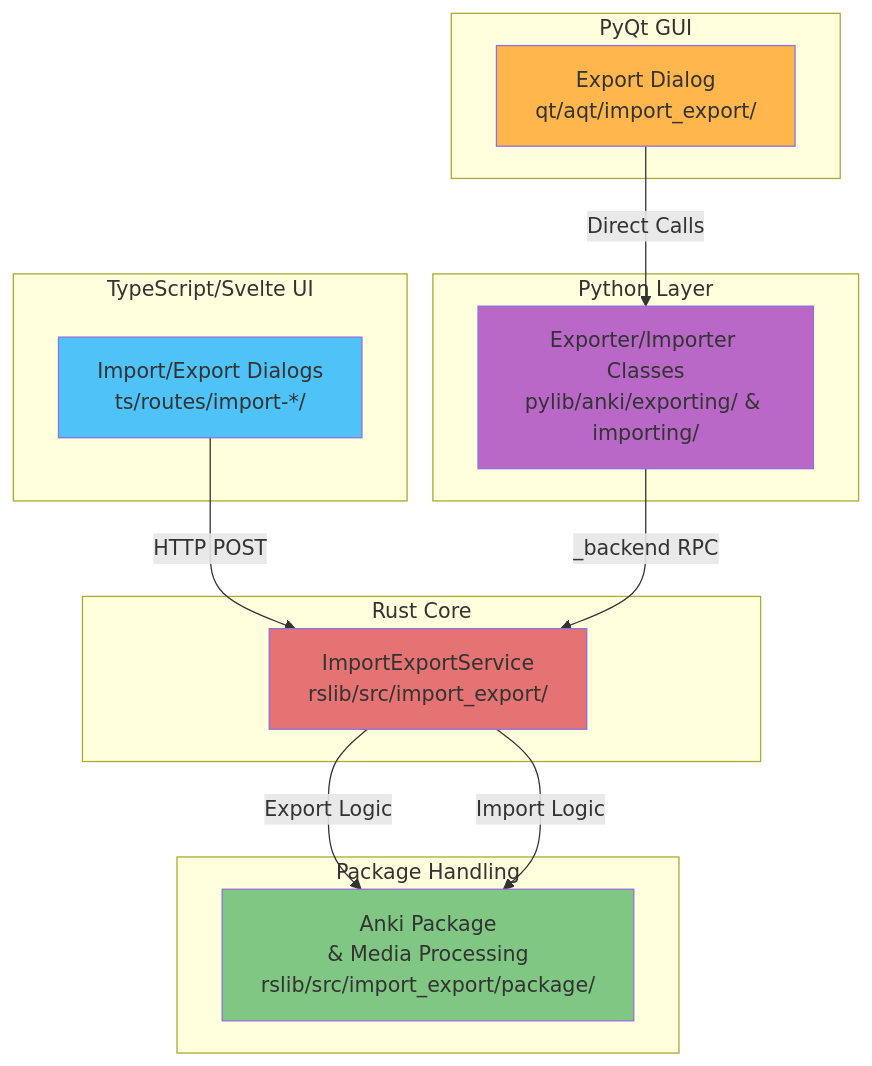
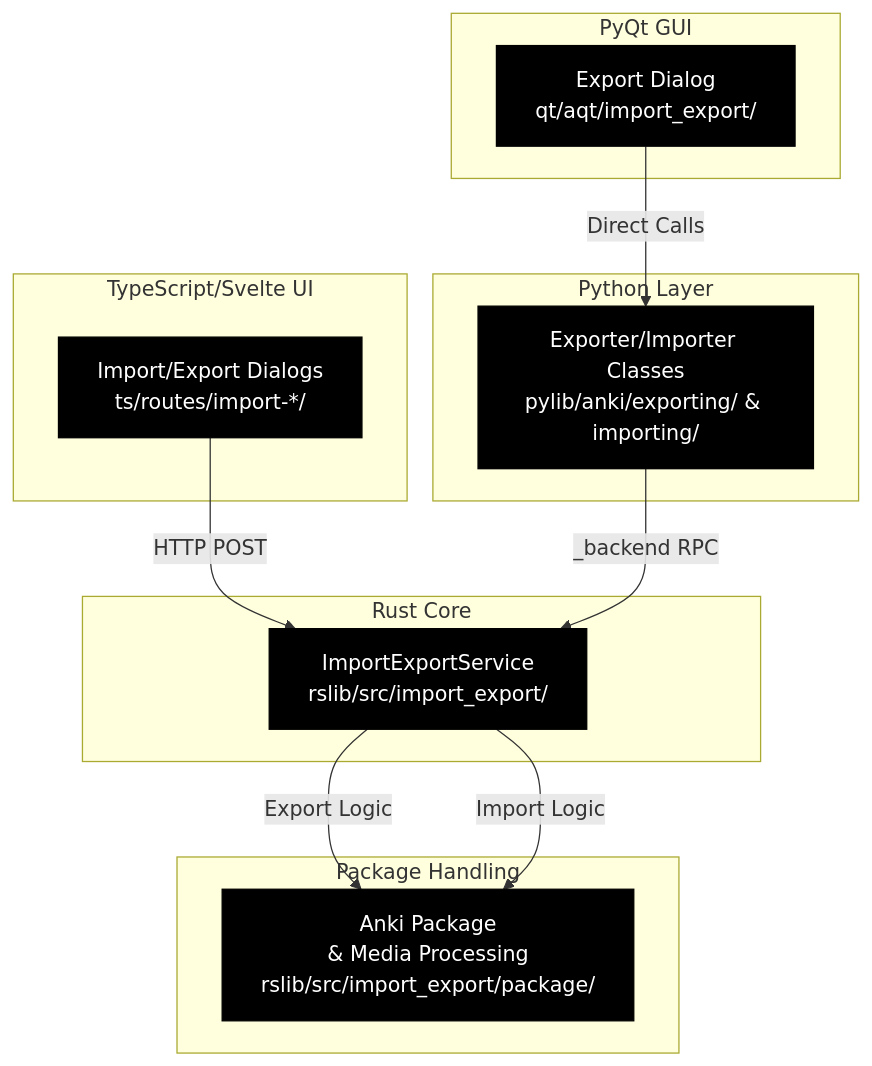
Before and after one commit to ankitects/anki: the second of 4 diagrams in docs/technical.md, drawn with Mermaid. The commit also changed other lines of this file, not shown here.

````diff
--- a/docs/technical.md
+++ b/docs/technical.md
@@ -332,34 +403,34 @@
 ```mermaid
 graph TB
     subgraph "TypeScript/Svelte UI"
         UI[Import/Export Dialogs<br/>ts/routes/import-*/]
     end
     
     subgraph "PyQt GUI"
         GUI[Export Dialog<br/>qt/aqt/import_export/]
     end
     
     subgraph "Python Layer"
         PY[Exporter/Importer Classes<br/>pylib/anki/exporting/ & importing/]
     end
     
     subgraph "Rust Core"
         RUST[ImportExportService<br/>rslib/src/import_export/]
     end
     
     subgraph "Package Handling"
         PKG[Anki Package<br/>& Media Processing<br/>rslib/src/import_export/package/]
     end
     
     UI -->|"HTTP POST"| RUST
     GUI -->|"Direct Calls"| PY
     PY -->|"_backend RPC"| RUST
     RUST -->|"Export Logic"| PKG
     RUST -->|"Import Logic"| PKG
     
-    style UI fill:#4fc3f7
-    style GUI fill:#ffb74d
-    style PY fill:#ba68c8
-    style RUST fill:#e57373
-    style PKG fill:#81c784
+    style UI fill:#000000,stroke:#000000,color:#ffffff
+    style GUI fill:#000000,stroke:#000000,color:#ffffff
+    style PY fill:#000000,stroke:#000000,color:#ffffff
+    style RUST fill:#000000,stroke:#000000,color:#ffffff
+    style PKG fill:#000000,stroke:#000000,color:#ffffff
 ```
````
